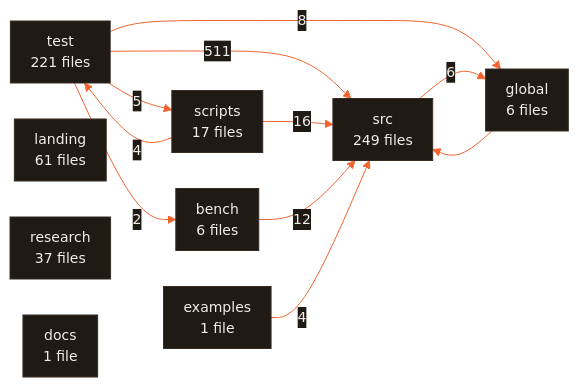
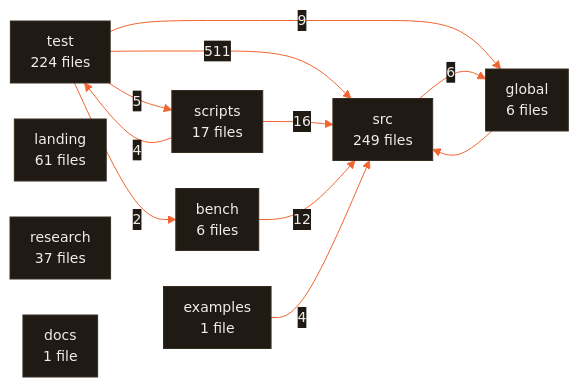
The diagram in ARCHITECTURE.md (CodeWithJuber/forgekit), drawn with Mermaid before and after one commit. The commit also changed 11 other files, not shown here.

````diff
--- a/ARCHITECTURE.md
+++ b/ARCHITECTURE.md
@@ -680,23 +680,23 @@
 ```mermaid
 %%{init: {'theme':'base','themeVariables':{'primaryColor':'#201a15','primaryTextColor':'#f2ede7','primaryBorderColor':'#372c22','lineColor':'#f26430','secondaryColor':'#272019','tertiaryColor':'#171310','edgeLabelBackground':'#201a15','clusterBkg':'#171310','clusterBorder':'#4a3b2e','fontFamily':'ui-sans-serif, system-ui, sans-serif','fontSize':'14px'},'flowchart':{'curve':'basis','padding':10,'nodeSpacing':36,'rankSpacing':44}}}%%
 flowchart LR
   src["src<br/>249 files"]
-  test["test<br/>221 files"]
+  test["test<br/>224 files"]
   landing["landing<br/>61 files"]
   research["research<br/>37 files"]
   scripts["scripts<br/>17 files"]
   bench["bench<br/>6 files"]
   global["global<br/>6 files"]
   docs["docs<br/>1 file"]
   examples["examples<br/>1 file"]
   test -- 511 --> src
   scripts -- 16 --> src
   bench -- 12 --> src
-  test -- 8 --> global
+  test -- 9 --> global
   src -- 6 --> global
   test -- 5 --> scripts
   examples -- 4 --> src
   scripts -- 4 --> test
   test -- 2 --> bench
   global --> src
 ```
````
